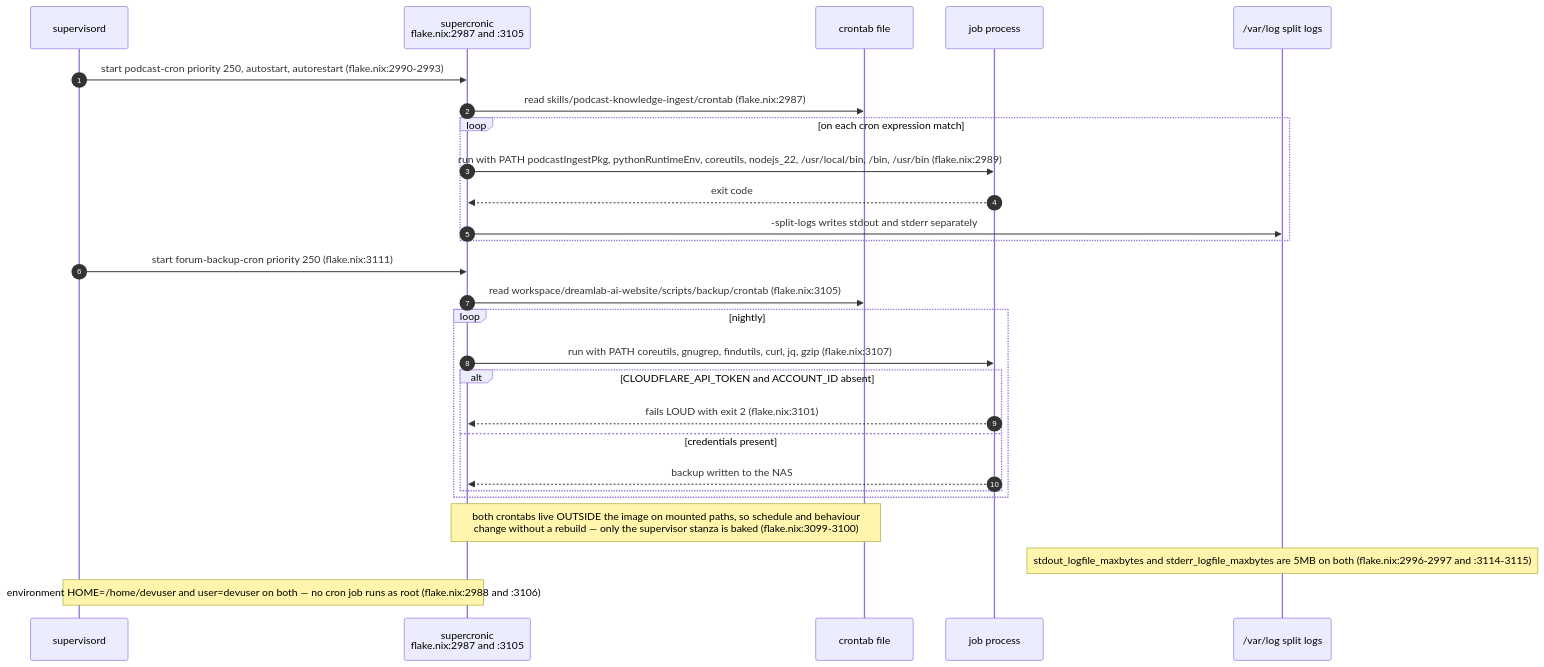
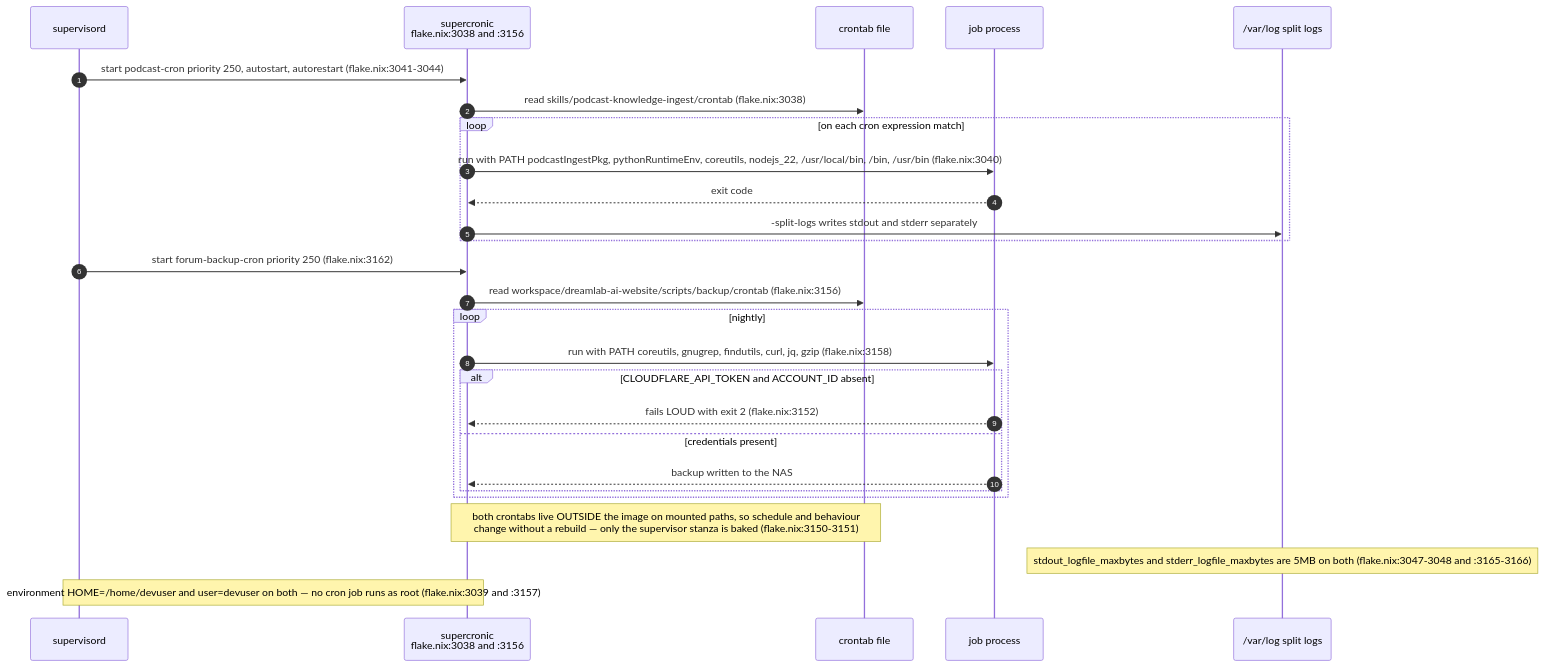
One commit to DreamLab-AI/VisionFlow changed the seventh of 11 diagrams in docs/diagrams/agentbox/07-daemons-reapers-cron-backups.md. Above: the diagram before and after it, drawn with Mermaid. The commit also changed other lines of this file and 36 other files, not shown here.

First line of the commit message:
docs(diagrams): re-derive and re-stamp agentbox, dream-engine, visioncraft, visiontouch and vowl topics; drop LAN addresses

````diff
--- a/docs/diagrams/agentbox/07-daemons-reapers-cron-backups.md
+++ b/docs/diagrams/agentbox/07-daemons-reapers-cron-backups.md
@@ -300,30 +310,30 @@
 ```mermaid
 sequenceDiagram
     autonumber
     participant SUP as supervisord
-    participant SC as supercronic<br/>flake.nix:2987 and :3105
+    participant SC as supercronic<br/>flake.nix:3038 and :3156
     participant CT as crontab file
     participant J as job process
     participant L as /var/log split logs
 
-    SUP->>SC: start podcast-cron priority 250, autostart, autorestart (flake.nix:2990-2993)
-    SC->>CT: read skills/podcast-knowledge-ingest/crontab (flake.nix:2987)
+    SUP->>SC: start podcast-cron priority 250, autostart, autorestart (flake.nix:3041-3044)
+    SC->>CT: read skills/podcast-knowledge-ingest/crontab (flake.nix:3038)
     loop on each cron expression match
-        SC->>J: run with PATH podcastIngestPkg, pythonRuntimeEnv, coreutils, nodejs_22, /usr/local/bin, /bin, /usr/bin (flake.nix:2989)
+        SC->>J: run with PATH podcastIngestPkg, pythonRuntimeEnv, coreutils, nodejs_22, /usr/local/bin, /bin, /usr/bin (flake.nix:3040)
         J-->>SC: exit code
         SC->>L: -split-logs writes stdout and stderr separately
     end
-    SUP->>SC: start forum-backup-cron priority 250 (flake.nix:3111)
-    SC->>CT: read workspace/dreamlab-ai-website/scripts/backup/crontab (flake.nix:3105)
+    SUP->>SC: start forum-backup-cron priority 250 (flake.nix:3162)
+    SC->>CT: read workspace/dreamlab-ai-website/scripts/backup/crontab (flake.nix:3156)
     loop nightly
-        SC->>J: run with PATH coreutils, gnugrep, findutils, curl, jq, gzip (flake.nix:3107)
+        SC->>J: run with PATH coreutils, gnugrep, findutils, curl, jq, gzip (flake.nix:3158)
         alt CLOUDFLARE_API_TOKEN and ACCOUNT_ID absent
-            J-->>SC: fails LOUD with exit 2 (flake.nix:3101)
+            J-->>SC: fails LOUD with exit 2 (flake.nix:3152)
         else credentials present
             J-->>SC: backup written to the NAS
         end
     end
-    Note over SC,CT: both crontabs live OUTSIDE the image on mounted paths, so schedule and behaviour<br/>change without a rebuild — only the supervisor stanza is baked (flake.nix:3099-3100)
-    Note over L: stdout_logfile_maxbytes and stderr_logfile_maxbytes are 5MB on both (flake.nix:2996-2997 and :3114-3115)
-    Note over SUP,SC: environment HOME=/home/devuser and user=devuser on both — no cron job runs as root (flake.nix:2988 and :3106)
+    Note over SC,CT: both crontabs live OUTSIDE the image on mounted paths, so schedule and behaviour<br/>change without a rebuild — only the supervisor stanza is baked (flake.nix:3150-3151)
+    Note over L: stdout_logfile_maxbytes and stderr_logfile_maxbytes are 5MB on both (flake.nix:3047-3048 and :3165-3166)
+    Note over SUP,SC: environment HOME=/home/devuser and user=devuser on both — no cron job runs as root (flake.nix:3039 and :3157)
 ```
````
